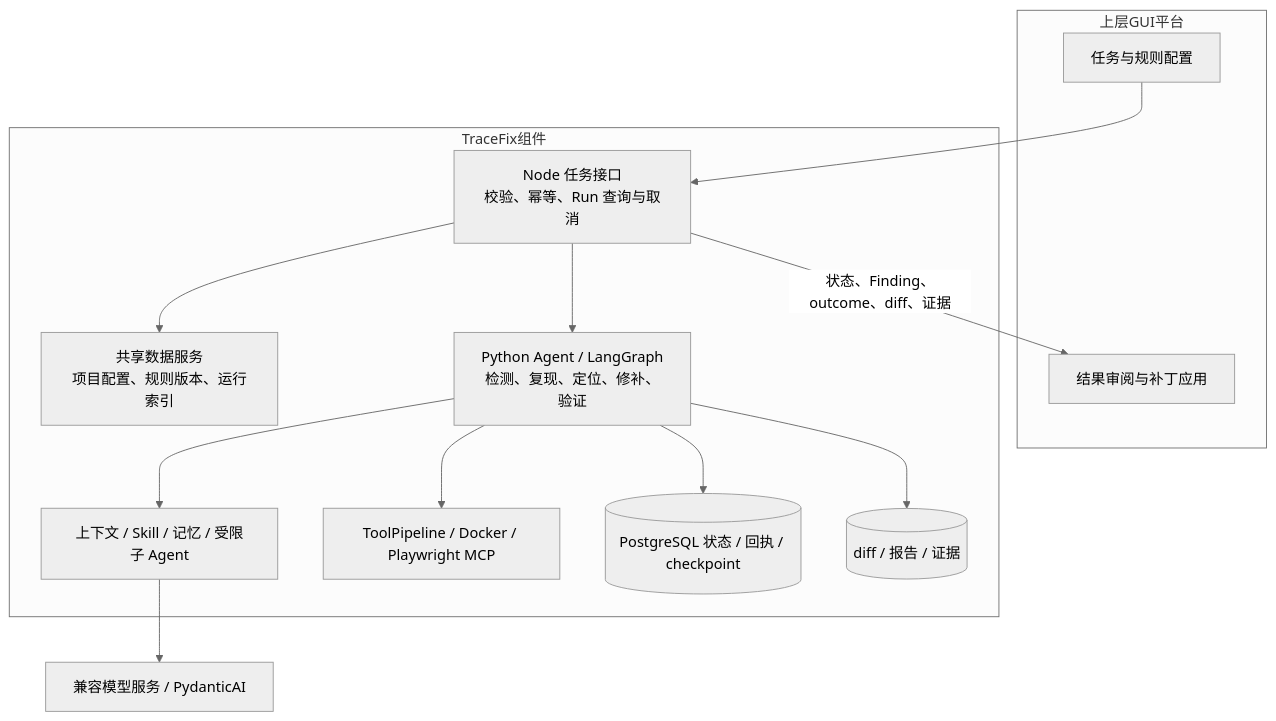
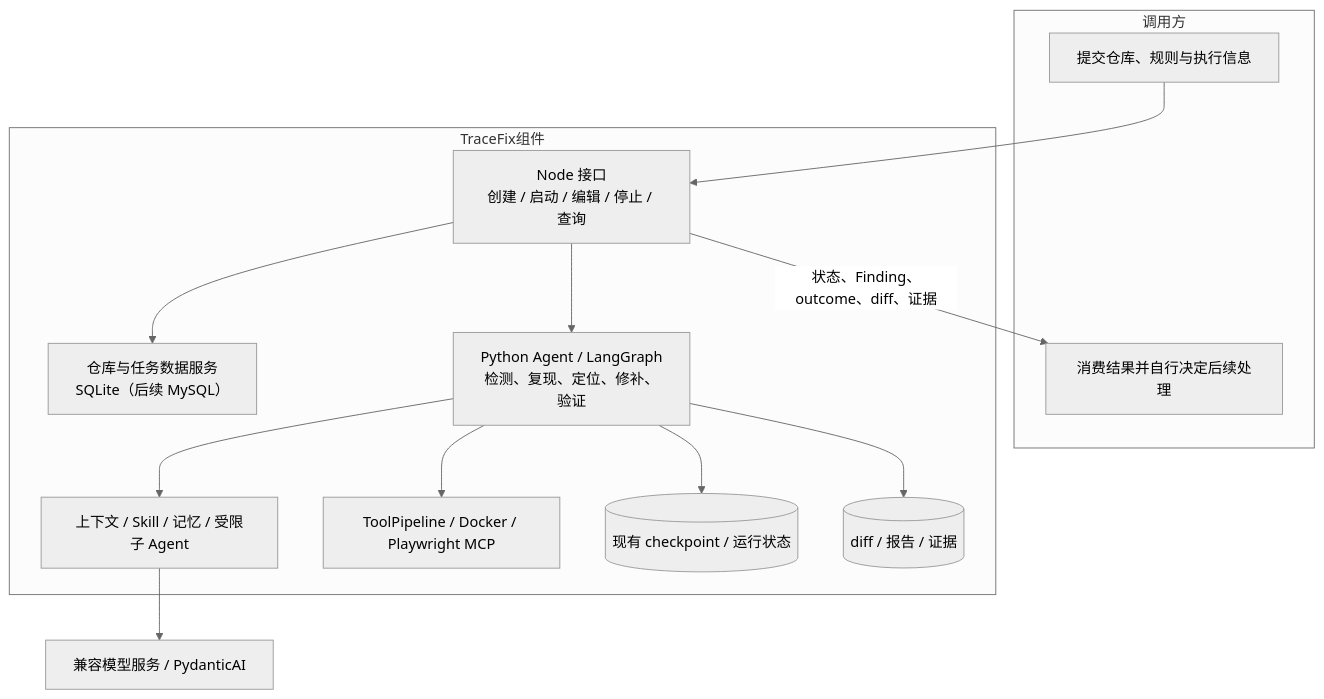
Before and after one commit to BUPTtsy/TraceFix-Agent: the second of 2 diagrams in docs/产品说明手册/01-系统架构/总体架构.md, drawn with Mermaid (neutral theme). The commit also changed other lines of this file and 18 other files, not shown here.

````diff
--- a/docs/产品说明手册/01-系统架构/总体架构.md
+++ b/docs/产品说明手册/01-系统架构/总体架构.md
@@ -103,23 +105,23 @@
 ```mermaid
 flowchart TB
-  subgraph 上层GUI平台
-    PLATFORM[任务与规则配置]
-    REVIEW[结果审阅与补丁应用]
+  subgraph 调用方
+    PLATFORM[提交仓库、规则与执行信息]
+    REVIEW[消费结果并自行决定后续处理]
   end
   subgraph TraceFix组件
-    API[Node 任务接口<br/>校验、幂等、Run 查询与取消]
-    DATA[共享数据服务<br/>项目配置、规则版本、运行索引]
+    API[Node 接口<br/>创建 / 启动 / 编辑 / 停止 / 查询]
+    DATA[仓库与任务数据服务<br/>SQLite（后续 MySQL）]
     ENG[Python Agent / LangGraph<br/>检测、复现、定位、修补、验证]
     CTX[上下文 / Skill / 记忆 / 受限子 Agent]
     TOOLS[ToolPipeline / Docker / Playwright MCP]
-    PG[(PostgreSQL 状态 / 回执 / checkpoint)]
+    PG[(现有 checkpoint / 运行状态)]
     ART[(diff / 报告 / 证据)]
   end
   MODEL[兼容模型服务 / PydanticAI]
   PLATFORM --> API --> DATA
   API --> ENG --> CTX --> MODEL
   ENG --> TOOLS
   ENG --> PG
   ENG --> ART
   API -- 状态、Finding、outcome、diff、证据 --> REVIEW
 ```
````
